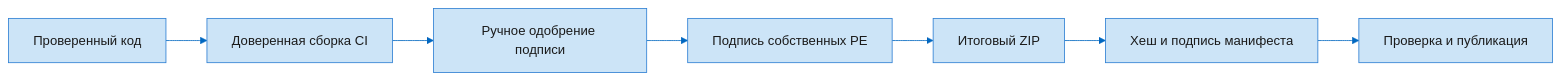
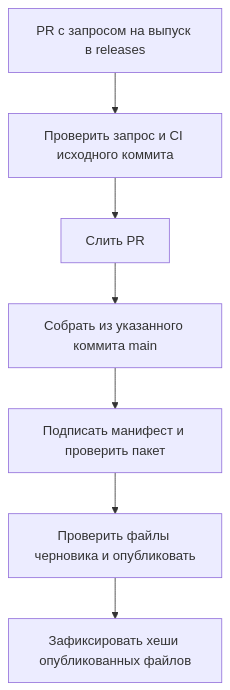
The diagram in docs/wiki/Trust-and-security.ru.md (MrAliev/local-ai-toolkit), drawn with Mermaid before and after one commit. The commit also changed other lines of this file and 26 other files, not shown here.

````diff
--- a/docs/wiki/Trust-and-security.ru.md
+++ b/docs/wiki/Trust-and-security.ru.md
@@ -12,20 +16,9 @@
 ```mermaid
----
-config:
-  theme: base
-  themeVariables:
-    primaryColor: "#CCE4F7"
-    primaryTextColor: "#1A1A1A"
-    primaryBorderColor: "#2D7FD3"
-    lineColor: "#0067C0"
-    secondaryColor: "#FAFAFA"
-    tertiaryColor: "#F3F3F3"
----
-flowchart LR
-  source["Проверенный код"] --> build["Доверенная сборка CI"]
-  build --> approval["Ручное одобрение подписи"]
-  approval --> own["Подпись собственных PE"]
-  own --> package["Итоговый ZIP"]
-  package --> manifest["Хеш и подпись манифеста"]
-  manifest --> verify["Проверка и публикация"]
+flowchart TB
+  request["PR с запросом на выпуск в releases"] --> check["Проверить запрос и CI исходного коммита"]
+  check --> merge["Слить PR"]
+  merge --> build["Собрать из указанного коммита main"]
+  build --> sign["Подписать манифест и проверить пакет"]
+  sign --> assets["Проверить файлы черновика и опубликовать"]
+  assets --> record["Зафиксировать хеши опубликованных файлов"]
 ```
````
